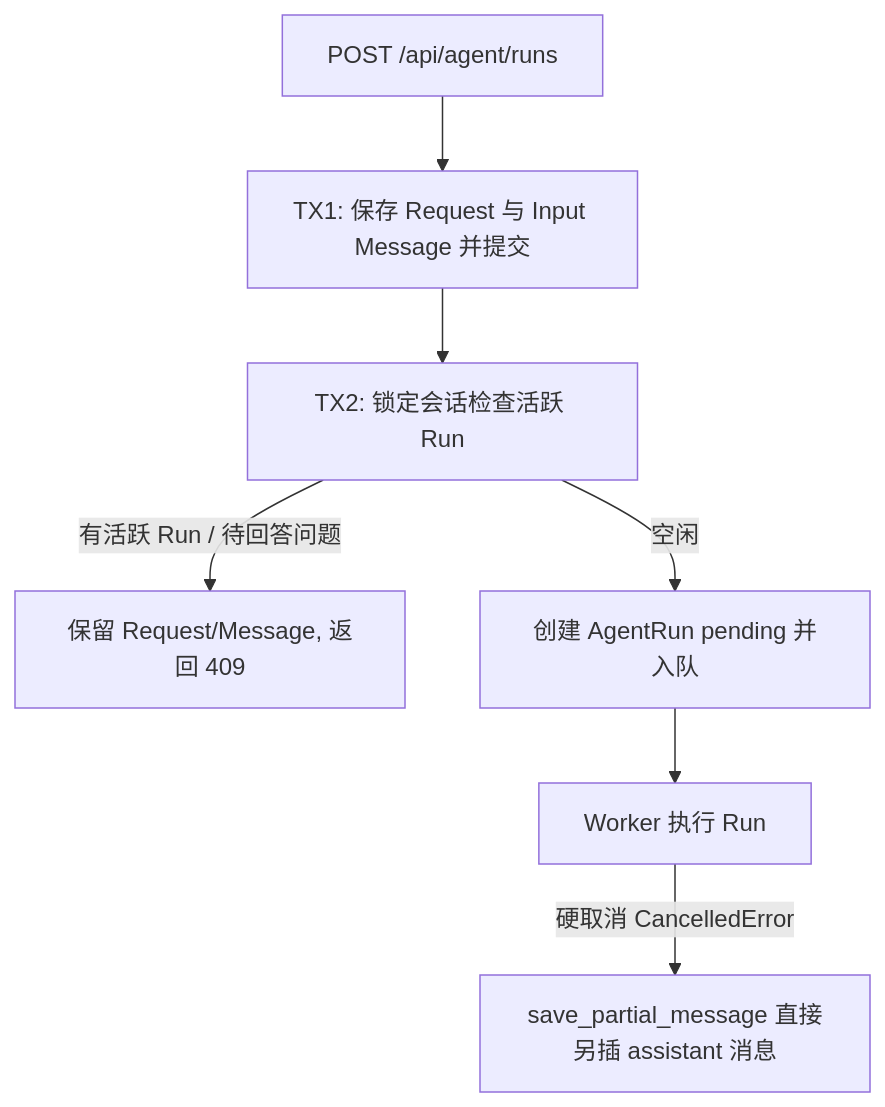
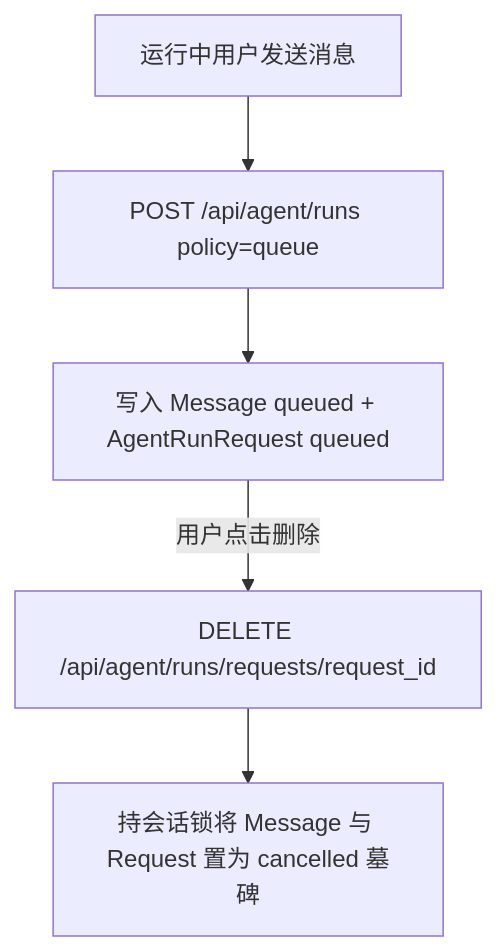
Before and after one commit to Agent-Multiverse-Lab/agent-stack: the first of 2 diagrams in docs/spec/run/request-dispatch/spec.md, drawn with Mermaid. The commit also changed other lines of this file and 10 other files, not shown here.

````diff
--- a/docs/spec/run/request-dispatch/spec.md
+++ b/docs/spec/run/request-dispatch/spec.md
@@ -220,9 +200,7 @@
 ```mermaid
 flowchart TD
-    A[POST /api/agent/runs] --> B[TX1: 保存 Request 与 Input Message 并提交]
-    B --> C[TX2: 锁定会话检查活跃 Run]
-    C -->|有活跃 Run / 待回答问题| D[保留 Request/Message, 返回 409]
-    C -->|空闲| E[创建 AgentRun pending 并入队]
-    E --> F[Worker 执行 Run]
-    F -->|硬取消 CancelledError| G[save_partial_message 直接另插 assistant 消息]
+    A[运行中用户发送消息] --> B[POST /api/agent/runs policy=queue]
+    B --> C[写入 Message queued + AgentRunRequest queued]
+    C -->|用户点击删除| D[DELETE /api/agent/runs/requests/request_id]
+    D --> E[持会话锁将 Message 与 Request 置为 cancelled 墓碑]
 ```
````
